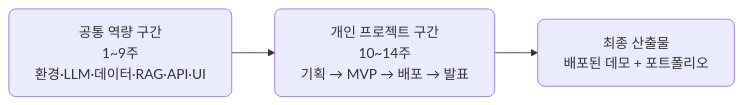
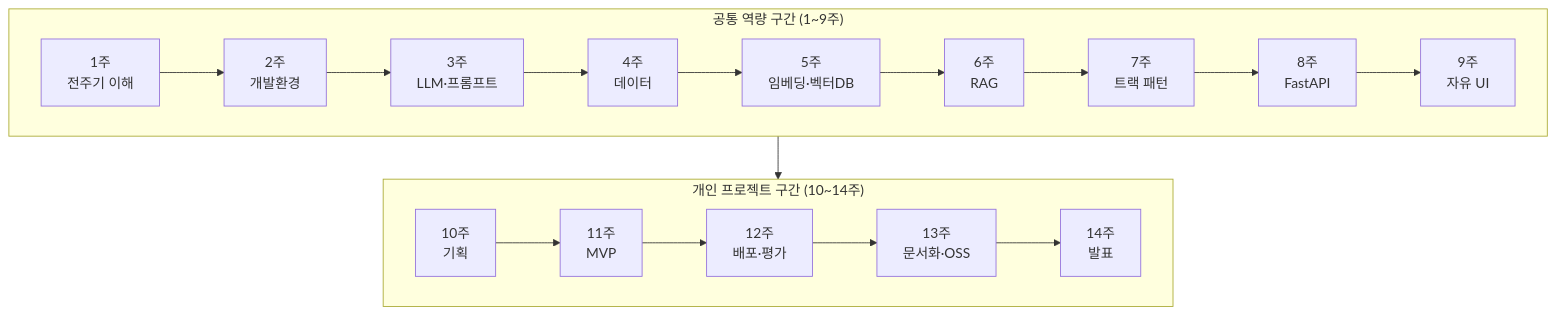
Before and after one commit to 2026-ai-service-engineering-a/ai_service_engineering-track_a: the first of 13 diagrams in site/src/content/slides/ko/session-01/index.mdx, drawn with Mermaid. The commit also changed other lines of this file, not shown here.

````diff
--- a/site/src/content/slides/ko/session-01/index.mdx
+++ b/site/src/content/slides/ko/session-01/index.mdx
@@ -59,6 +83,12 @@
 ```mermaid
-flowchart LR
-  A["공통 역량 구간<br/>1~9주<br/>환경·LLM·데이터·RAG·API·UI"] --> B["개인 프로젝트 구간<br/>10~14주<br/>기획 → MVP → 배포 → 발표"]
-  B --> C["최종 산출물<br/>배포된 데모 + 포트폴리오"]
-  classDef default rx:8,ry:8;
+flowchart TD
+    subgraph common["공통 역량 구간 (1~9주)"]
+        direction LR
+        W1["1주<br/>전주기 이해"] --> W2["2주<br/>개발환경"] --> W3["3주<br/>LLM·프롬프트"] --> W4["4주<br/>데이터"] --> W5["5주<br/>임베딩·벡터DB"] --> W6["6주<br/>RAG"] --> W7["7주<br/>트랙 패턴"] --> W8["8주<br/>FastAPI"] --> W9["9주<br/>자유 UI"]
+    end
+    subgraph project["개인 프로젝트 구간 (10~14주)"]
+        direction LR
+        W10["10주<br/>기획"] --> W11["11주<br/>MVP"] --> W12["12주<br/>배포·평가"] --> W13["13주<br/>문서화·OSS"] --> W14["14주<br/>발표"]
+    end
+    common --> project
 ```
````
